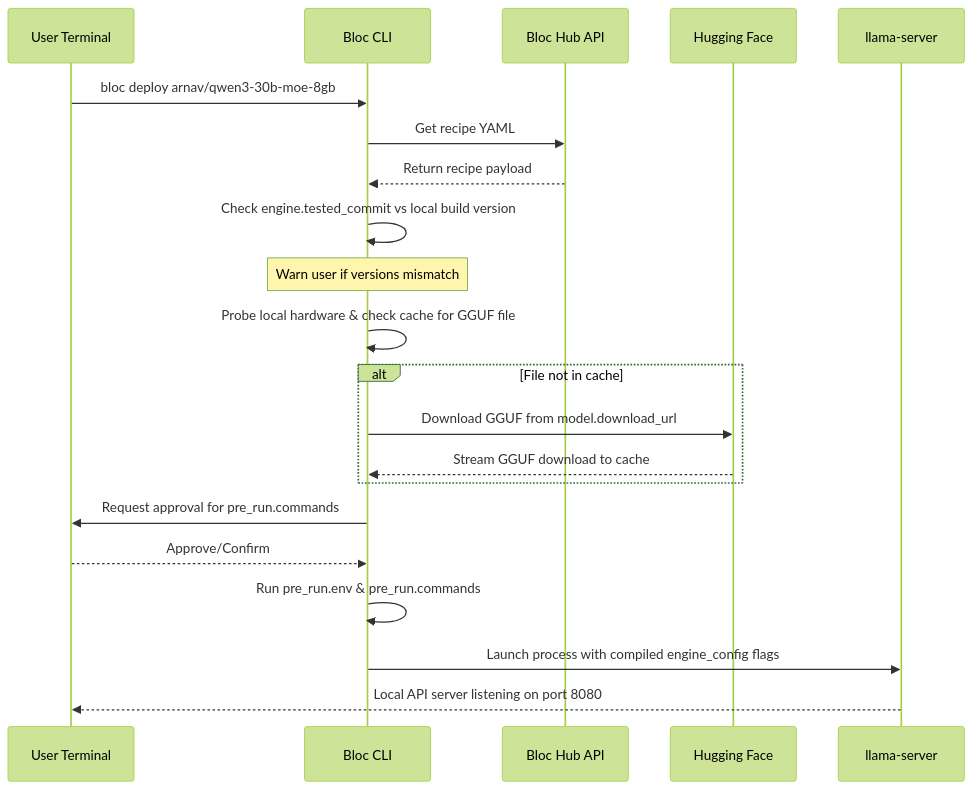
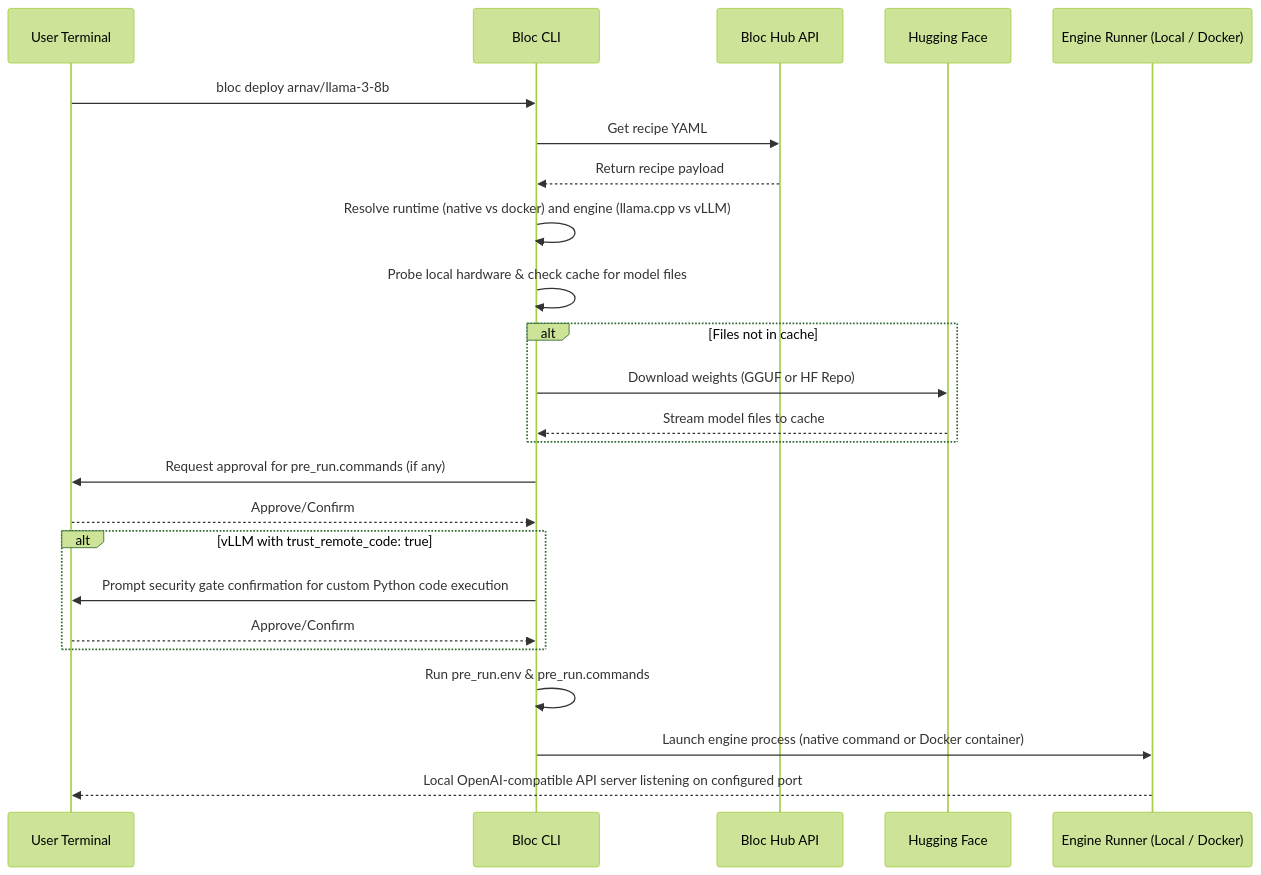
Before and after one commit to arnav080/Bloc: the diagram in hub/content/docs/how-bloc-works.mdx, drawn with Mermaid (forest theme). The commit also changed other lines of this file and 38 other files, not shown here.

````diff
--- a/hub/content/docs/how-bloc-works.mdx
+++ b/hub/content/docs/how-bloc-works.mdx
@@ -46,24 +44,27 @@
 ```mermaid
 sequenceDiagram
     participant User as User Terminal
     participant CLI as Bloc CLI
     participant Hub as Bloc Hub API
     participant HF as Hugging Face
-    participant Engine as llama-server
+    participant Engine as Engine Runner (Local / Docker)
 
-    User->>CLI: bloc deploy arnav/qwen3-30b-moe-8gb
+    User->>CLI: bloc deploy arnav/llama-3-8b
     CLI->>Hub: Get recipe YAML
     Hub-->>CLI: Return recipe payload
-    CLI->>CLI: Check engine.tested_commit vs local build version
-    Note over CLI: Warn user if versions mismatch
-    CLI->>CLI: Probe local hardware & check cache for GGUF file
-    alt File not in cache
-        CLI->>HF: Download GGUF from model.download_url
-        HF-->>CLI: Stream GGUF download to cache
+    CLI->>CLI: Resolve runtime (native vs docker) and engine (llama.cpp vs vLLM)
+    CLI->>CLI: Probe local hardware & check cache for model files
+    alt Files not in cache
+        CLI->>HF: Download weights (GGUF or HF Repo)
+        HF-->>CLI: Stream model files to cache
     end
-    CLI->>User: Request approval for pre_run.commands
+    CLI->>User: Request approval for pre_run.commands (if any)
     User-->>CLI: Approve/Confirm
+    alt vLLM with trust_remote_code: true
+        CLI->>User: Prompt security gate confirmation for custom Python code execution
+        User-->>CLI: Approve/Confirm
+    end
     CLI->>CLI: Run pre_run.env & pre_run.commands
-    CLI->>Engine: Launch process with compiled engine_config flags
-    Engine-->>User: Local API server listening on port 8080
+    CLI->>Engine: Launch engine process (native command or Docker container)
+    Engine-->>User: Local OpenAI-compatible API server listening on configured port
 ```
````
